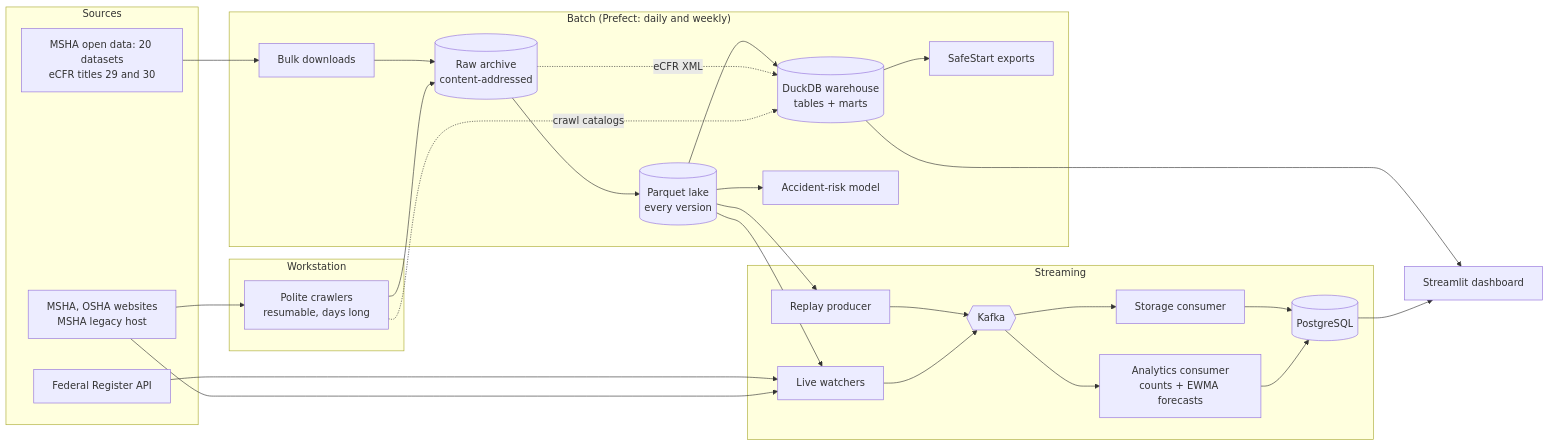
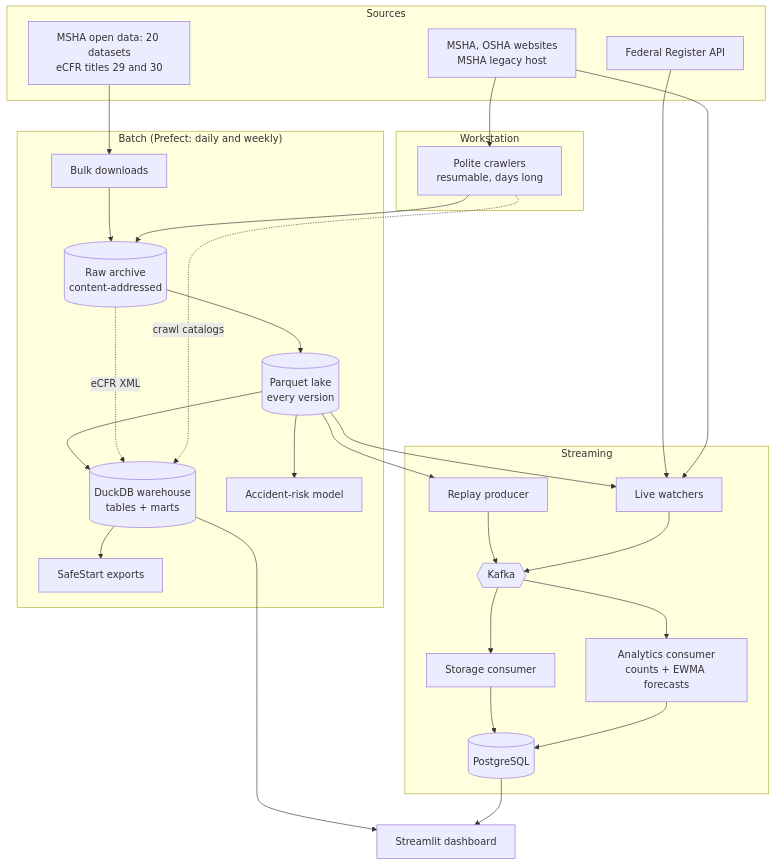
The first of 2 diagrams in README.md (USERZEROA/safestart-data-pipeline), drawn with Mermaid before and after one commit. The commit also changed other lines of this file and 6 other files, not shown here.

Commit message:
Add the project documentation PDF, the ERD and a top-down architecture diagram

````diff
--- a/README.md
+++ b/README.md
@@ -58,35 +59,35 @@
 ```mermaid
-flowchart LR
+flowchart TB
     subgraph Sources
         WEB[MSHA, OSHA websites<br/>MSHA legacy host]
         BULK[MSHA open data: 20 datasets<br/>eCFR titles 29 and 30]
         FR[Federal Register API]
     end
     subgraph Workstation
         CRAWL[Polite crawlers<br/>resumable, days long]
     end
     subgraph Batch["Batch (Prefect: daily and weekly)"]
         ACQ[Bulk downloads] --> RAW[(Raw archive<br/>content-addressed)]
         RAW --> LAKE[(Parquet lake<br/>every version)]
         LAKE --> WH[(DuckDB warehouse<br/>tables + marts)]
         RAW -. eCFR XML .-> WH
         LAKE --> ML[Accident-risk model]
         WH --> EXP[SafeStart exports]
     end
     CRAWL --> RAW
     CRAWL -. crawl catalogs .-> WH
     subgraph Streaming
         REPLAY[Replay producer] --> K{{Kafka}}
         WATCH[Live watchers] --> K
         K --> STORE[Storage consumer] --> PG[(PostgreSQL)]
         K --> AN[Analytics consumer<br/>counts + EWMA forecasts] --> PG
     end
     WEB --> CRAWL
     BULK --> ACQ
     FR --> WATCH
     WEB --> WATCH
     LAKE --> REPLAY
     LAKE --> WATCH
     WH --> DASH[Streamlit dashboard]
     PG --> DASH
 ```
````
